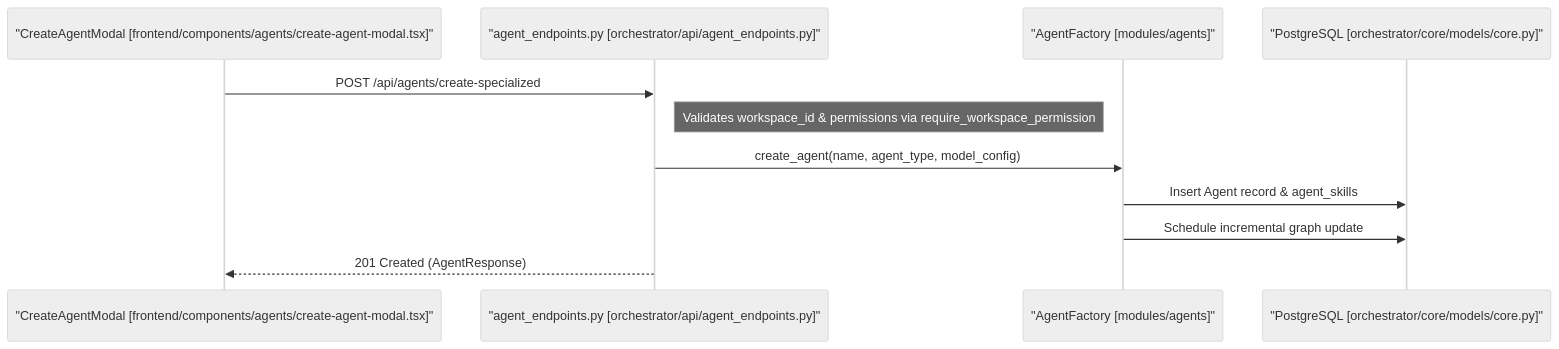
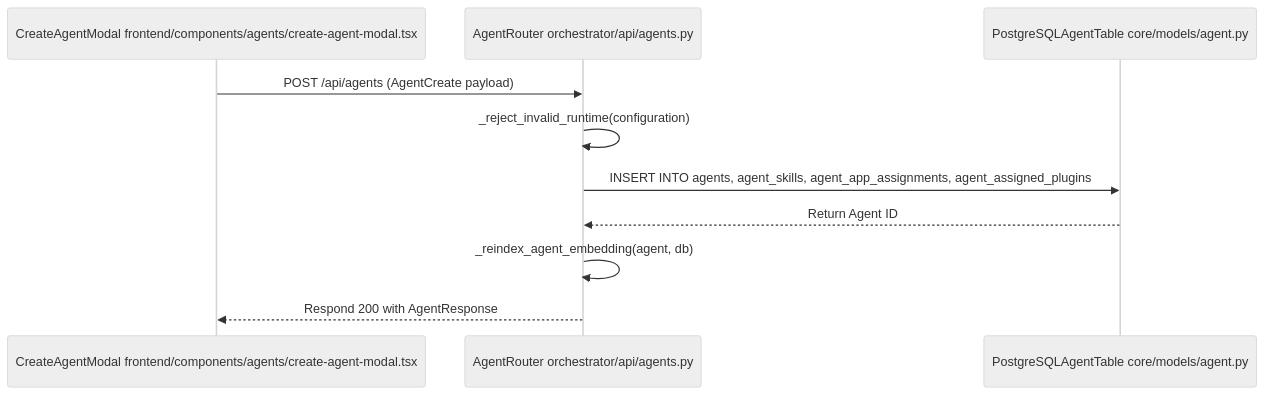
Before and after one commit to AutomatosAI/automatos-ai: the second of 4 diagrams in docs/getting-started/quick-start-tutorial.md, drawn with Mermaid (neutral theme). The commit also changed other lines of this file and 188 other files, not shown here.

First line of the commit message:
docs: refresh architecture docs and add coverage for new subsystems (#1416)

````diff
--- a/docs/getting-started/quick-start-tutorial.md
+++ b/docs/getting-started/quick-start-tutorial.md
@@ -47,14 +98,13 @@
 ```mermaid
 sequenceDiagram
-    participant UI as "CreateAgentModal [frontend/components/agents/create-agent-modal.tsx]"
-    participant API as "agent_endpoints.py [orchestrator/api/agent_endpoints.py]"
-    participant Factory as "AgentFactory [modules/agents]"
-    participant DB as "PostgreSQL [orchestrator/core/models/core.py]"
+    participant UI as CreateAgentModal frontend/components/agents/create-agent-modal.tsx
+    participant API as AgentRouter orchestrator/api/agents.py
+    participant DB as PostgreSQLAgentTable core/models/agent.py
 
-    UI->>API: POST /api/agents/create-specialized
-    Note right of API: Validates workspace_id & permissions via require_workspace_permission
-    API->>Factory: create_agent(name, agent_type, model_config)
-    Factory->>DB: Insert Agent record & agent_skills
-    Factory->>DB: Schedule incremental graph update
-    API-->>UI: 201 Created (AgentResponse)
+    UI->>API: POST /api/agents (AgentCreate payload)
+    API->>API: _reject_invalid_runtime(configuration)
+    API->>DB: INSERT INTO agents, agent_skills, agent_app_assignments, agent_assigned_plugins
+    DB-->>API: Return Agent ID
+    API->>API: _reindex_agent_embedding(agent, db)
+    API-->>UI: Respond 200 with AgentResponse
 ```
````
